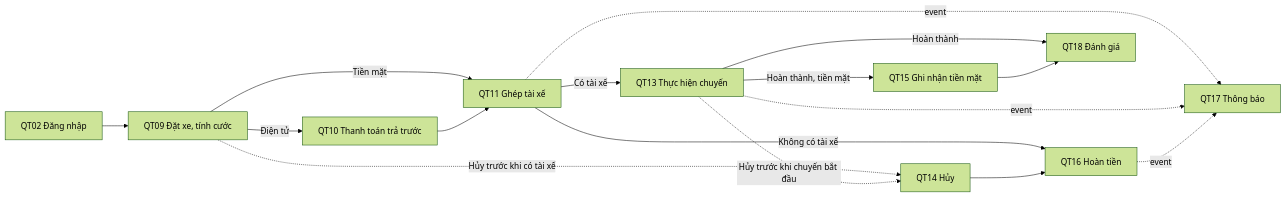
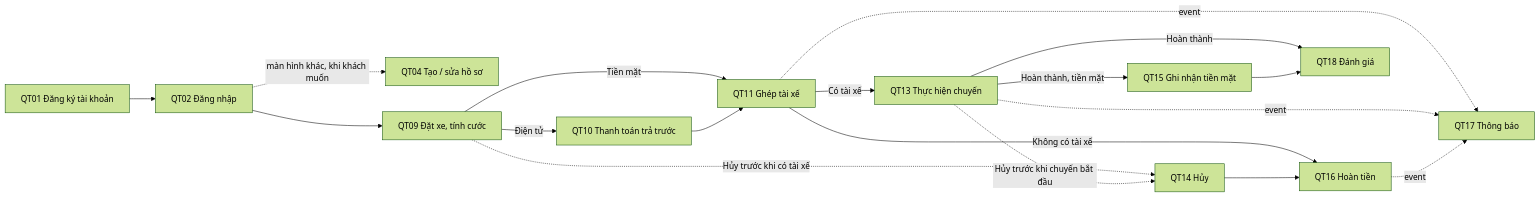
The diagram in docs/design/05-quy-trinh-5-thanh-phan.md (nghuuduc21/23699411_NguyenHuuDuc_CabSystem), drawn with Mermaid (forest theme) before and after one commit. The commit also changed other lines of this file and 16 other files, not shown here.

````diff
--- a/docs/design/05-quy-trinh-5-thanh-phan.md
+++ b/docs/design/05-quy-trinh-5-thanh-phan.md
@@ -50,17 +51,19 @@
 ```mermaid
 flowchart LR
-    QT02[QT02 Đăng nhập] --> QT09[QT09 Đặt xe, tính cước]
+    QT01[QT01 Đăng ký tài khoản] --> QT02[QT02 Đăng nhập]
+    QT02 -.->|màn hình khác, khi khách muốn| QT04[QT04 Tạo / sửa hồ sơ]
+    QT02 --> QT09[QT09 Đặt xe, tính cước]
     QT09 -->|Tiền mặt| QT11[QT11 Ghép tài xế]
     QT09 -->|Điện tử| QT10[QT10 Thanh toán trả trước] --> QT11
     QT11 -->|Có tài xế| QT13[QT13 Thực hiện chuyến]
     QT11 -->|Không có tài xế| QT16[QT16 Hoàn tiền]
     QT13 -->|Hoàn thành, tiền mặt| QT15[QT15 Ghi nhận tiền mặt]
     QT13 -->|Hoàn thành| QT18[QT18 Đánh giá]
     QT15 --> QT18
     QT09 -.->|Hủy trước khi có tài xế| QT14[QT14 Hủy]
     QT13 -.->|Hủy trước khi chuyến bắt đầu| QT14
     QT14 --> QT16
     QT11 -. event .-> QT17[QT17 Thông báo]
     QT13 -. event .-> QT17
     QT16 -. event .-> QT17
 ```
````
